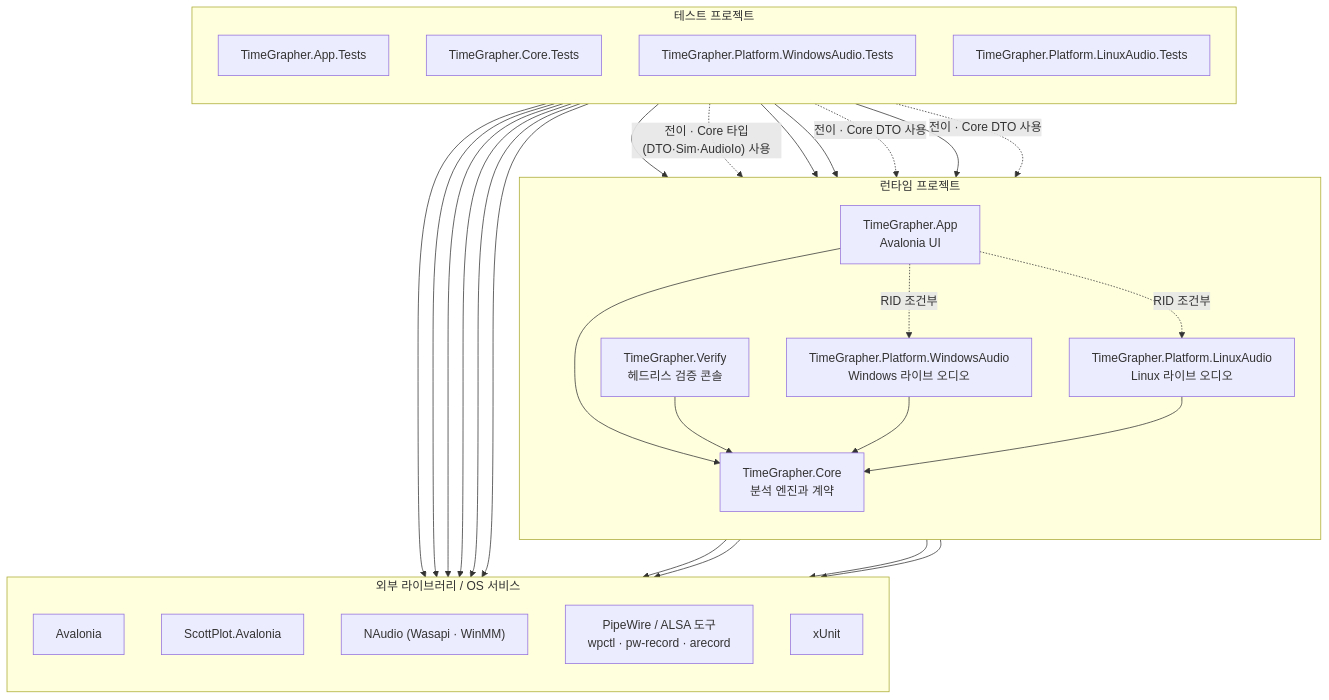
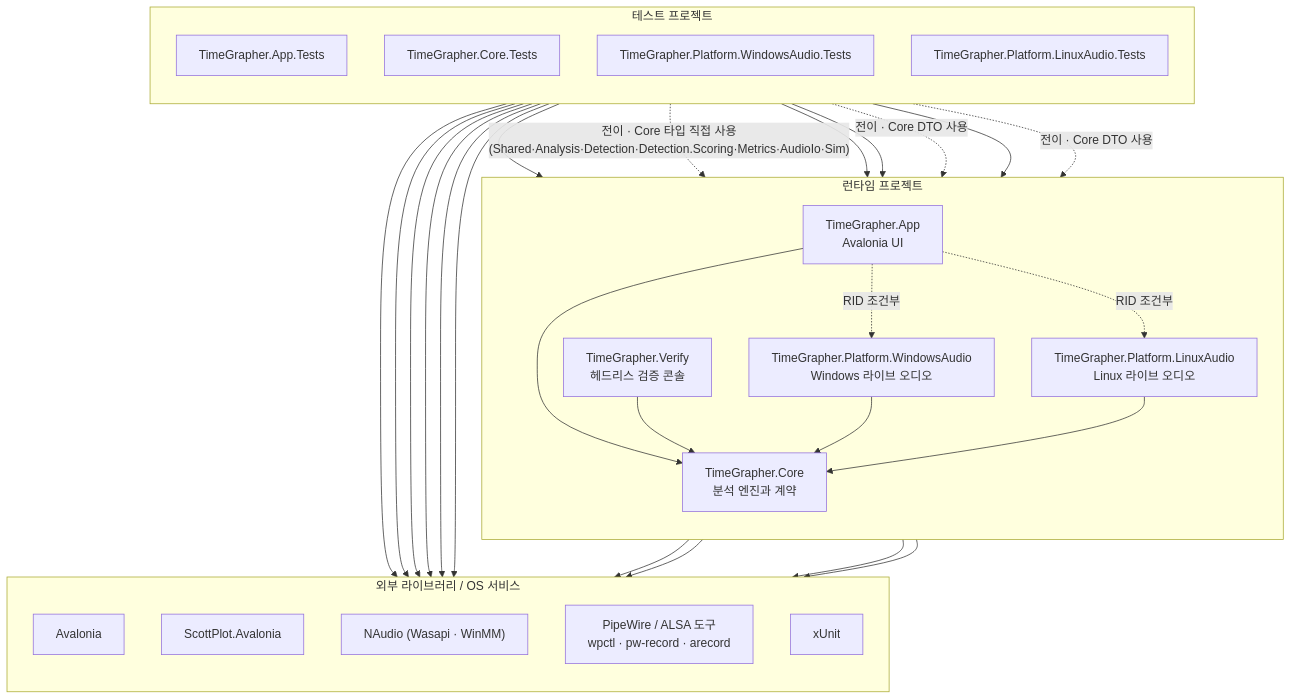
One commit to Jae-hong-5/TimeGrapher-Net changed the first of 3 diagrams in docs/for-ai/MODULE_USES_VIEW.md. Above: the diagram before and after it, drawn with Mermaid. The commit also changed other lines of this file, not shown here.

````diff
--- a/docs/for-ai/MODULE_USES_VIEW.md
+++ b/docs/for-ai/MODULE_USES_VIEW.md
@@ -9,54 +9,54 @@
 ```mermaid
 flowchart TB
     subgraph Runtime["런타임 프로젝트"]
         direction TB
         App["TimeGrapher.App<br/>Avalonia UI"]
         Verify["TimeGrapher.Verify<br/>헤드리스 검증 콘솔"]
         WindowsAudio["TimeGrapher.Platform.WindowsAudio<br/>Windows 라이브 오디오"]
         LinuxAudio["TimeGrapher.Platform.LinuxAudio<br/>Linux 라이브 오디오"]
         Core["TimeGrapher.Core<br/>분석 엔진과 계약"]
     end
 
     subgraph Tests["테스트 프로젝트"]
         direction TB
         AppTests["TimeGrapher.App.Tests"]
         CoreTests["TimeGrapher.Core.Tests"]
         WindowsAudioTests["TimeGrapher.Platform.WindowsAudio.Tests"]
         LinuxAudioTests["TimeGrapher.Platform.LinuxAudio.Tests"]
     end
 
     subgraph External["외부 라이브러리 / OS 서비스"]
         direction TB
         Avalonia["Avalonia"]
         ScottPlot["ScottPlot.Avalonia"]
         NAudio["NAudio (Wasapi · WinMM)"]
         LinuxAudioStack["PipeWire / ALSA 도구<br/>wpctl · pw-record · arecord"]
         Xunit["xUnit"]
     end
 
     App --> Core
     App -. "RID 조건부" .-> WindowsAudio
     App -. "RID 조건부" .-> LinuxAudio
     Verify --> Core
     WindowsAudio --> Core
     LinuxAudio --> Core
 
     AppTests --> App
-    AppTests -. "전이 · Core 타입(DTO·Sim·AudioIo) 사용" .-> Core
+    AppTests -. "전이 · Core 타입 직접 사용(Shared·Analysis·Detection·Detection.Scoring·Metrics·AudioIo·Sim)" .-> Core
     CoreTests --> Core
     WindowsAudioTests --> WindowsAudio
     WindowsAudioTests -. "전이 · Core DTO 사용" .-> Core
     LinuxAudioTests --> LinuxAudio
     LinuxAudioTests -. "전이 · Core DTO 사용" .-> Core
 
     App --> Avalonia
     App --> ScottPlot
     WindowsAudio --> NAudio
     LinuxAudio --> LinuxAudioStack
     AppTests --> Avalonia
     AppTests --> ScottPlot
     AppTests --> Xunit
     CoreTests --> Xunit
     WindowsAudioTests --> Xunit
     LinuxAudioTests --> Xunit
 ```
````
